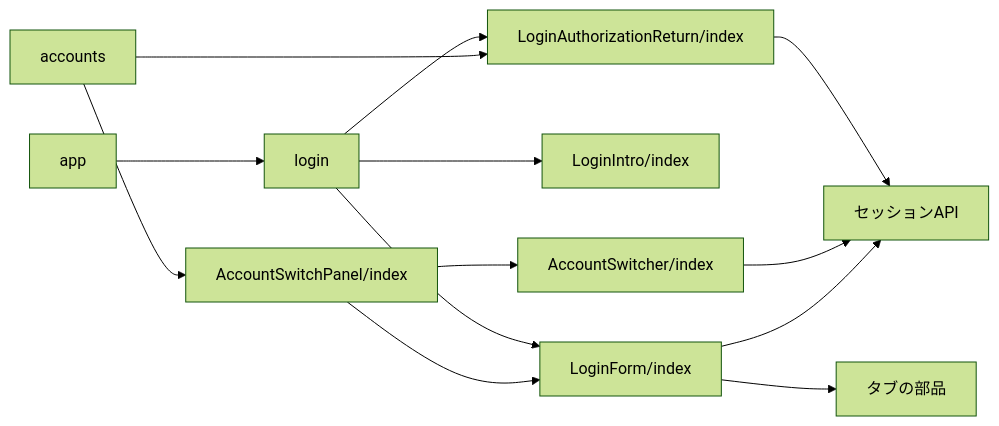
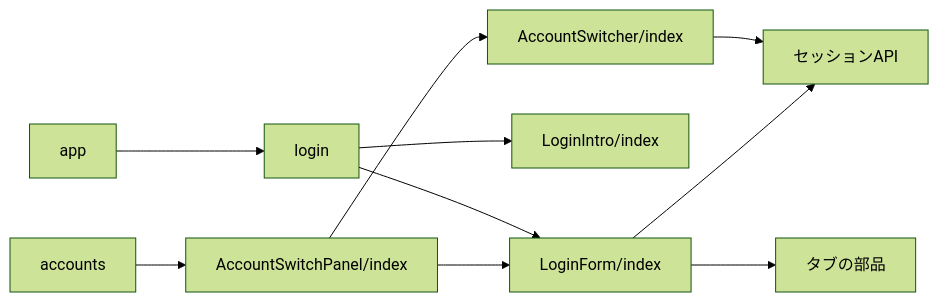
Before and after one commit to nekono-dev/skyshare: the first of 3 diagrams in specs/login-accounts/design.md, drawn with Mermaid (forest theme). The commit also changed other lines of this file and 10 other files, not shown here.

````diff
--- a/specs/login-accounts/design.md
+++ b/specs/login-accounts/design.md
@@ -20,15 +19,12 @@
 ```mermaid
 flowchart LR
   login --> LoginForm["LoginForm/index"]
   login --> LoginIntro["LoginIntro/index"]
-  login --> Return["LoginAuthorizationReturn/index"]
   accounts --> Panel["AccountSwitchPanel/index"]
-  accounts --> Return
   LoginForm --> ext_tabs["タブの部品"]
-  Return --> ext_session
   Panel --> Switcher["AccountSwitcher/index"]
   Panel --> LoginForm
   Switcher --> ext_session["セッションAPI"]
   LoginForm --> ext_session
   app --> login
 ```
````
